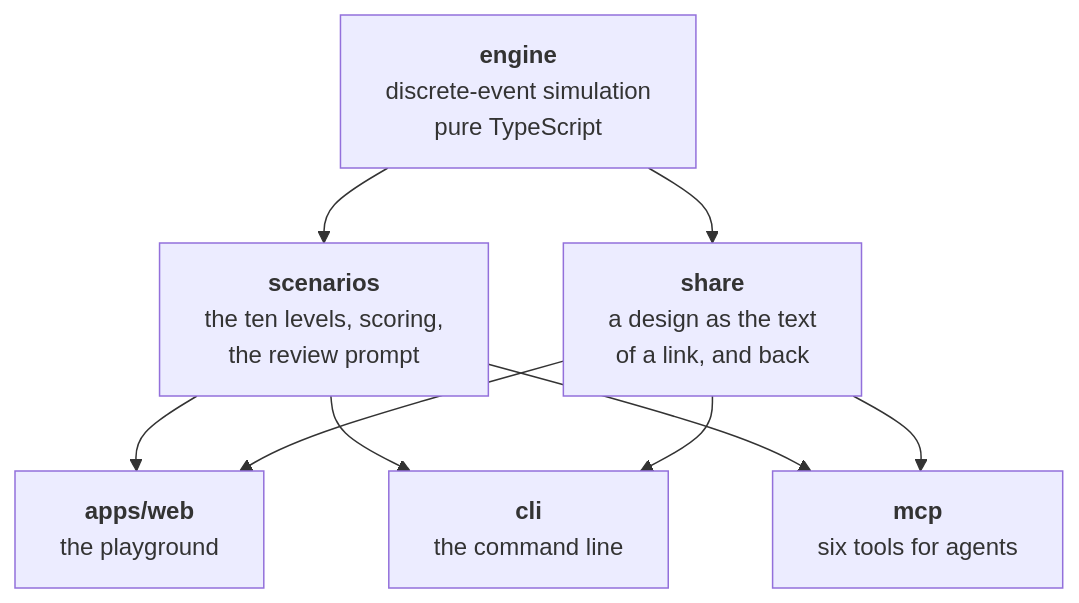
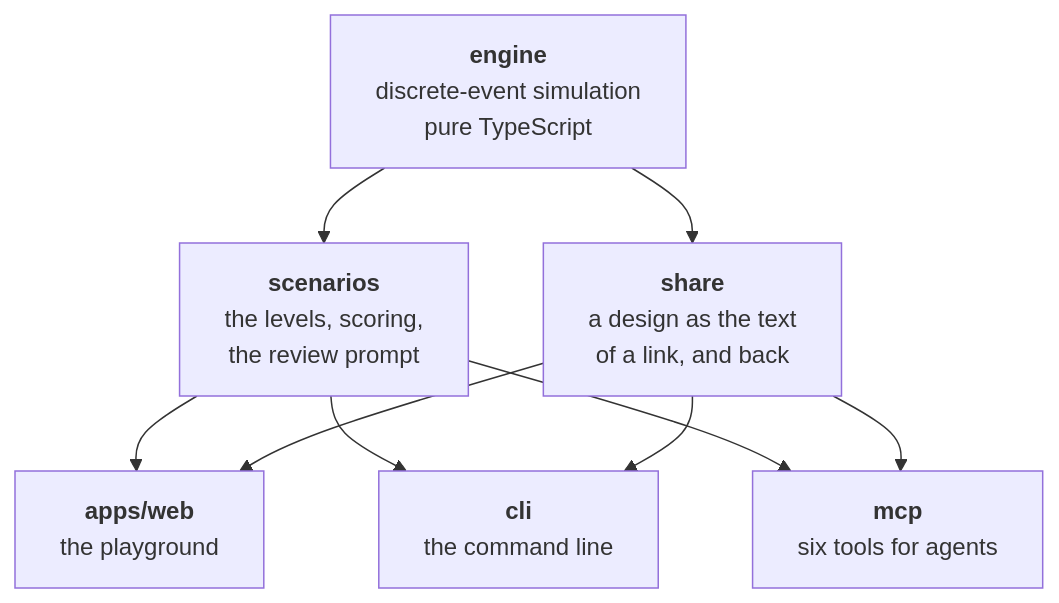
One commit to AmirehsanK/Loadline changed the first of 2 diagrams in README.md. Above: the diagram before and after it, drawn with Mermaid. The commit also changed other lines of this file and 29 other files, not shown here.

````diff
--- a/README.md
+++ b/README.md
@@ -267,18 +276,18 @@
 ```mermaid
 flowchart TB
   engine["<b>engine</b><br/>discrete-event simulation<br/>pure TypeScript"]
-  scenarios["<b>scenarios</b><br/>the ten levels, scoring,<br/>the review prompt"]
+  scenarios["<b>scenarios</b><br/>the levels, scoring,<br/>the review prompt"]
   share["<b>share</b><br/>a design as the text<br/>of a link, and back"]
   web["<b>apps/web</b><br/>the playground"]
   cli["<b>cli</b><br/>the command line"]
   mcp["<b>mcp</b><br/>six tools for agents"]
 
   engine --> scenarios
   engine --> share
   scenarios --> web
   scenarios --> cli
   scenarios --> mcp
   share --> web
   share --> cli
   share --> mcp
 ```
````
